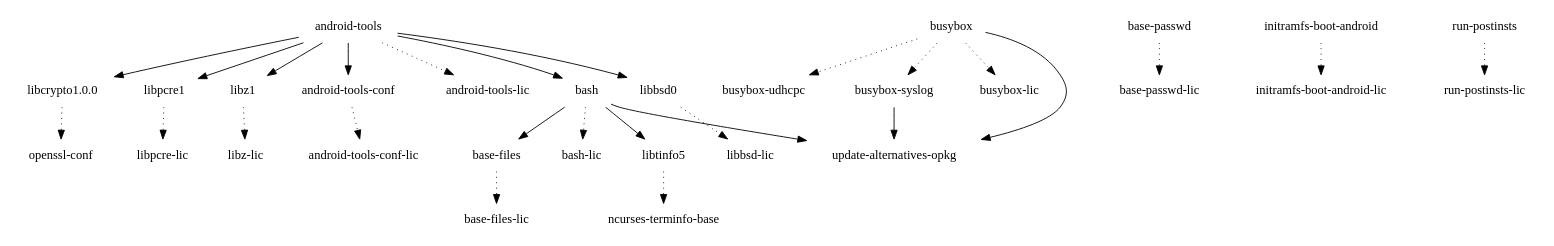
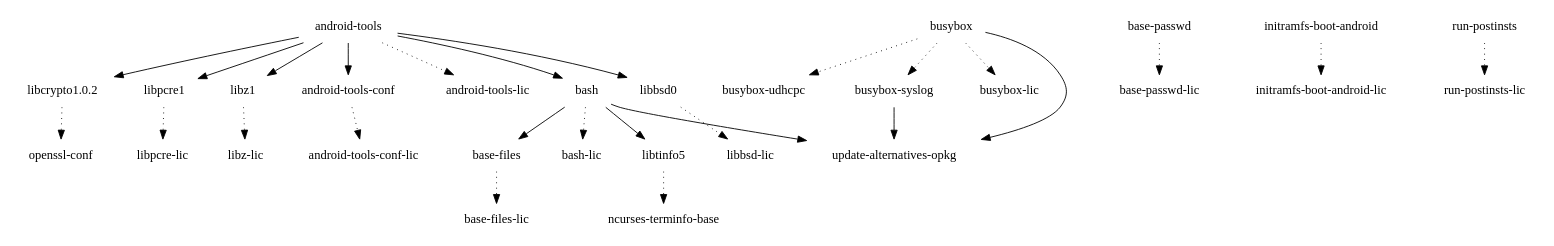
Before and after one commit to webOS-ports/buildhistory: the diagram in images/mako/glibc/initramfs-android-image/depends-nokernel-nolibc.dot, drawn with Graphviz. The commit also changed 69 other files, not shown here.

```diff
--- a/images/mako/glibc/initramfs-android-image/depends-nokernel-nolibc.dot
+++ b/images/mako/glibc/initramfs-android-image/depends-nokernel-nolibc.dot
@@ -1,29 +1,29 @@
 digraph depends {
     node [shape=plaintext]
-"android-tools" -> "android-tools-conf";
-"android-tools" -> "android-tools-lic" [style=dotted];
-"android-tools" -> "bash";
-"android-tools-conf" -> "android-tools-conf-lic" [style=dotted];
-"android-tools" -> "libbsd0";
-"android-tools" -> "libcrypto1.0.0";
-"android-tools" -> "libpcre1";
-"android-tools" -> "libz1";
-"base-files" -> "base-files-lic" [style=dotted];
-"base-passwd" -> "base-passwd-lic" [style=dotted];
-"bash" -> "base-files";
-"bash" -> "bash-lic" [style=dotted];
-"bash" -> "libtinfo5";
-"bash" -> "update-alternatives-opkg";
-"busybox" -> "busybox-lic" [style=dotted];
-"busybox" -> "busybox-syslog" [style=dotted];
-"busybox" -> "busybox-udhcpc" [style=dotted];
-"busybox-syslog" -> "update-alternatives-opkg";
-"busybox" -> "update-alternatives-opkg";
-"initramfs-boot-android" -> "initramfs-boot-android-lic" [style=dotted];
-"libbsd0" -> "libbsd-lic" [style=dotted];
-"libcrypto1.0.0" -> "openssl-conf" [style=dotted];
-"libpcre1" -> "libpcre-lic" [style=dotted];
-"libtinfo5" -> "ncurses-terminfo-base" [style=dotted];
-"libz1" -> "libz-lic" [style=dotted];
-"run-postinsts" -> "run-postinsts-lic" [style=dotted];
+"android-tools" -> "android-tools-conf"
+"android-tools" -> "android-tools-lic" [style=dotted]
+"android-tools" -> "bash"
+"android-tools-conf" -> "android-tools-conf-lic" [style=dotted]
+"android-tools" -> "libbsd0"
+"android-tools" -> "libcrypto1.0.2"
+"android-tools" -> "libpcre1"
+"android-tools" -> "libz1"
+"base-files" -> "base-files-lic" [style=dotted]
+"base-passwd" -> "base-passwd-lic" [style=dotted]
+"bash" -> "base-files"
+"bash" -> "bash-lic" [style=dotted]
+"bash" -> "libtinfo5"
+"bash" -> "update-alternatives-opkg"
+"busybox" -> "busybox-lic" [style=dotted]
+"busybox" -> "busybox-syslog" [style=dotted]
+"busybox" -> "busybox-udhcpc" [style=dotted]
+"busybox-syslog" -> "update-alternatives-opkg"
+"busybox" -> "update-alternatives-opkg"
+"initramfs-boot-android" -> "initramfs-boot-android-lic" [style=dotted]
+"libbsd0" -> "libbsd-lic" [style=dotted]
+"libcrypto1.0.2" -> "openssl-conf" [style=dotted]
+"libpcre1" -> "libpcre-lic" [style=dotted]
+"libtinfo5" -> "ncurses-terminfo-base" [style=dotted]
+"libz1" -> "libz-lic" [style=dotted]
+"run-postinsts" -> "run-postinsts-lic" [style=dotted]
 }
```
